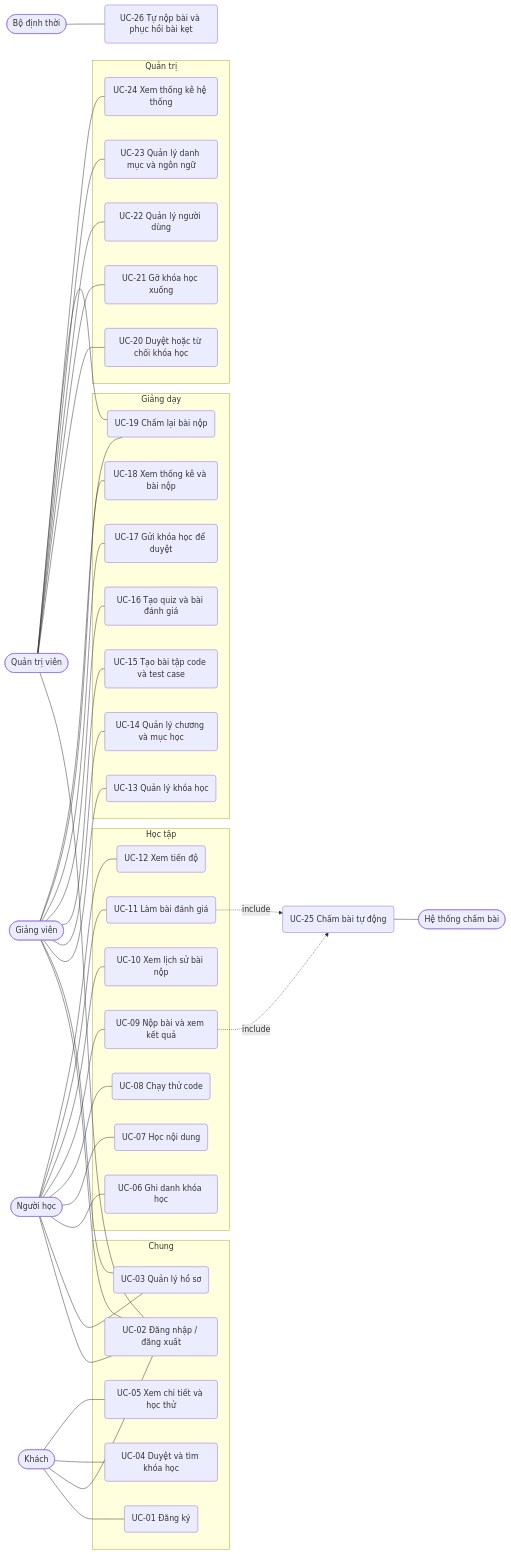
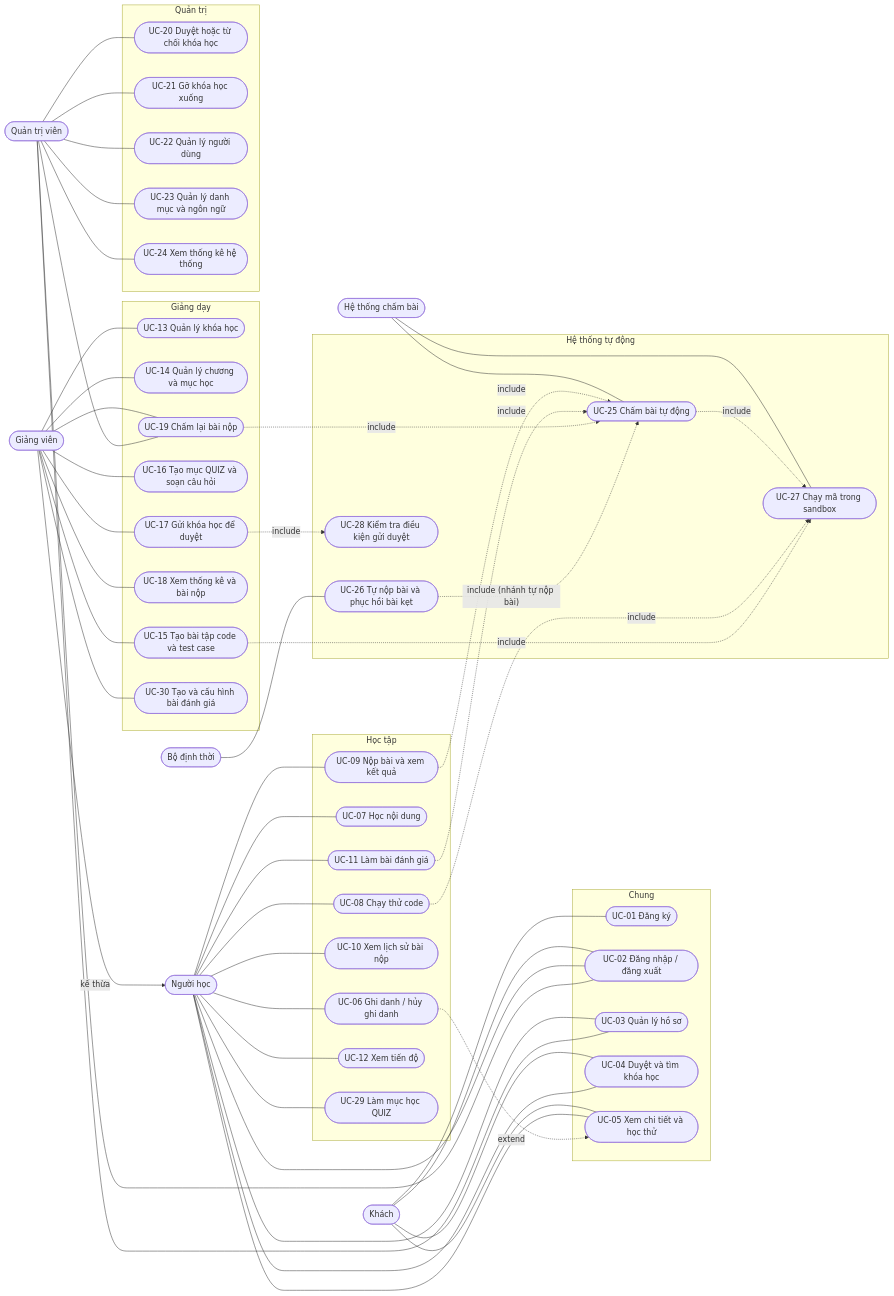
One commit to krisaleth/codepath changed the diagram in docs/use-case.md. Above: the diagram before and after it, drawn with Mermaid. The commit also changed other lines of this file and 1 other file, not shown here.

Commit message:
docs: fix requirement and use case

````diff
--- a/docs/use-case.md
+++ b/docs/use-case.md
@@ -35,54 +45,85 @@
 ```mermaid
 flowchart LR
-  G([Khách])
-  L([Người học])
-  I([Giảng viên])
-  A([Quản trị viên])
-  J([Hệ thống chấm bài])
-  S([Bộ định thời])
+  G(["Khách"])
+  L(["Người học"])
+  I(["Giảng viên"])
+  A(["Quản trị viên"])
+  J(["Hệ thống chấm bài"])
+  S(["Bộ định thời"])
 
-  subgraph Chung
-    UC01(UC-01 Đăng ký)
-    UC02(UC-02 Đăng nhập / đăng xuất)
-    UC03(UC-03 Quản lý hồ sơ)
-    UC04(UC-04 Duyệt và tìm khóa học)
-    UC05(UC-05 Xem chi tiết và học thử)
+  I -->|"kế thừa"| L
+
+  subgraph CH["Chung"]
+    UC01(["UC-01 Đăng ký"])
+    UC02(["UC-02 Đăng nhập / đăng xuất"])
+    UC03(["UC-03 Quản lý hồ sơ"])
+    UC04(["UC-04 Duyệt và tìm khóa học"])
+    UC05(["UC-05 Xem chi tiết và học thử"])
   end
 
-  subgraph Học tập
-    UC06(UC-06 Ghi danh khóa học)
-    UC07(UC-07 Học nội dung)
-    UC08(UC-08 Chạy thử code)
-    UC09(UC-09 Nộp bài và xem kết quả)
-    UC10(UC-10 Xem lịch sử bài nộp)
-    UC11(UC-11 Làm bài đánh giá)
-    UC12(UC-12 Xem tiến độ)
+  subgraph HT["Học tập"]
+    UC06(["UC-06 Ghi danh / hủy ghi danh"])
+    UC07(["UC-07 Học nội dung"])
+    UC08(["UC-08 Chạy thử code"])
+    UC09(["UC-09 Nộp bài và xem kết quả"])
+    UC10(["UC-10 Xem lịch sử bài nộp"])
+    UC11(["UC-11 Làm bài đánh giá"])
+    UC12(["UC-12 Xem tiến độ"])
+    UC29(["UC-29 Làm mục học QUIZ"])
   end
 
-  subgraph Giảng dạy
-    UC13(UC-13 Quản lý khóa học)
-    UC14(UC-14 Quản lý chương và mục học)
-    UC15(UC-15 Tạo bài tập code và test case)
-    UC16(UC-16 Tạo quiz và bài đánh giá)
-    UC17(UC-17 Gửi khóa học để duyệt)
-    UC18(UC-18 Xem thống kê và bài nộp)
-    UC19(UC-19 Chấm lại bài nộp)
+  subgraph GD["Giảng dạy"]
+    UC13(["UC-13 Quản lý khóa học"])
+    UC14(["UC-14 Quản lý chương và mục học"])
+    UC15(["UC-15 Tạo bài tập code và test case"])
+    UC16(["UC-16 Tạo mục QUIZ và soạn câu hỏi"])
+    UC17(["UC-17 Gửi khóa học để duyệt"])
+    UC18(["UC-18 Xem thống kê và bài nộp"])
+    UC19(["UC-19 Chấm lại bài nộp"])
+    UC30(["UC-30 Tạo và cấu hình bài đánh giá"])
   end
 
-  subgraph Quản trị
-    UC20(UC-20 Duyệt hoặc từ chối khóa học)
-    UC21(UC-21 Gỡ khóa học xuống)
-    UC22(UC-22 Quản lý người dùng)
-    UC23(UC-23 Quản lý danh mục và ngôn ngữ)
-    UC24(UC-24 Xem thống kê hệ thống)
+  subgraph QT["Quản trị"]
+    UC20(["UC-20 Duyệt hoặc từ chối khóa học"])
+    UC21(["UC-21 Gỡ khóa học xuống"])
+    UC22(["UC-22 Quản lý người dùng"])
+    UC23(["UC-23 Quản lý danh mục và ngôn ngữ"])
+    UC24(["UC-24 Xem thống kê hệ thống"])
   end
 
+  subgraph HE["Hệ thống tự động"]
+    UC25(["UC-25 Chấm bài tự động"])
+    UC26(["UC-26 Tự nộp bài và phục hồi bài kẹt"])
+    UC27(["UC-27 Chạy mã trong sandbox"])
+    UC28(["UC-28 Kiểm tra điều kiện gửi duyệt"])
+  end
+
+  %% Khách
   G --- UC01 & UC02 & UC04 & UC05
-  L --- UC02 & UC03 & UC06 & UC07 & UC08 & UC09 & UC10 & UC11 & UC12
-  I --- UC02 & UC03 & UC13 & UC14 & UC15 & UC16 & UC17 & UC18 & UC19
-  A --- UC02 & UC20 & UC21 & UC22 & UC23 & UC24 & UC19
-  UC09 -. include .-> UC25(UC-25 Chấm bài tự động)
-  UC11 -. include .-> UC25
-  UC25 --- J
-  S --- UC26(UC-26 Tự nộp bài và phục hồi bài kẹt)
+
+  %% Người học (Giảng viên kế thừa toàn bộ)
+  L --- UC02 & UC03 & UC04 & UC05 & UC06 & UC07 & UC08 & UC09 & UC10 & UC11 & UC12 & UC29
+
+  %% Giảng viên
+  I --- UC13 & UC14 & UC15 & UC16 & UC17 & UC18 & UC19 & UC30
+
+  %% Quản trị viên (không kế thừa Người học)
+  A --- UC02 & UC03 & UC19 & UC20 & UC21 & UC22 & UC23 & UC24
+
+  %% Tác nhân hệ thống
+  J --- UC25 & UC27
+  S --- UC26
+
+  %% include
+  UC09 -. "include" .-> UC25
+  UC11 -. "include" .-> UC25
+  UC19 -. "include" .-> UC25
+  UC26 -. "include (nhánh tự nộp bài)" .-> UC25
+  UC25 -. "include" .-> UC27
+  UC08 -. "include" .-> UC27
+  UC15 -. "include" .-> UC27
+  UC17 -. "include" .-> UC28
+
+  %% extend (từ use case mở rộng tới use case gốc)
+  UC06 -. "extend" .-> UC05
 ```
````
